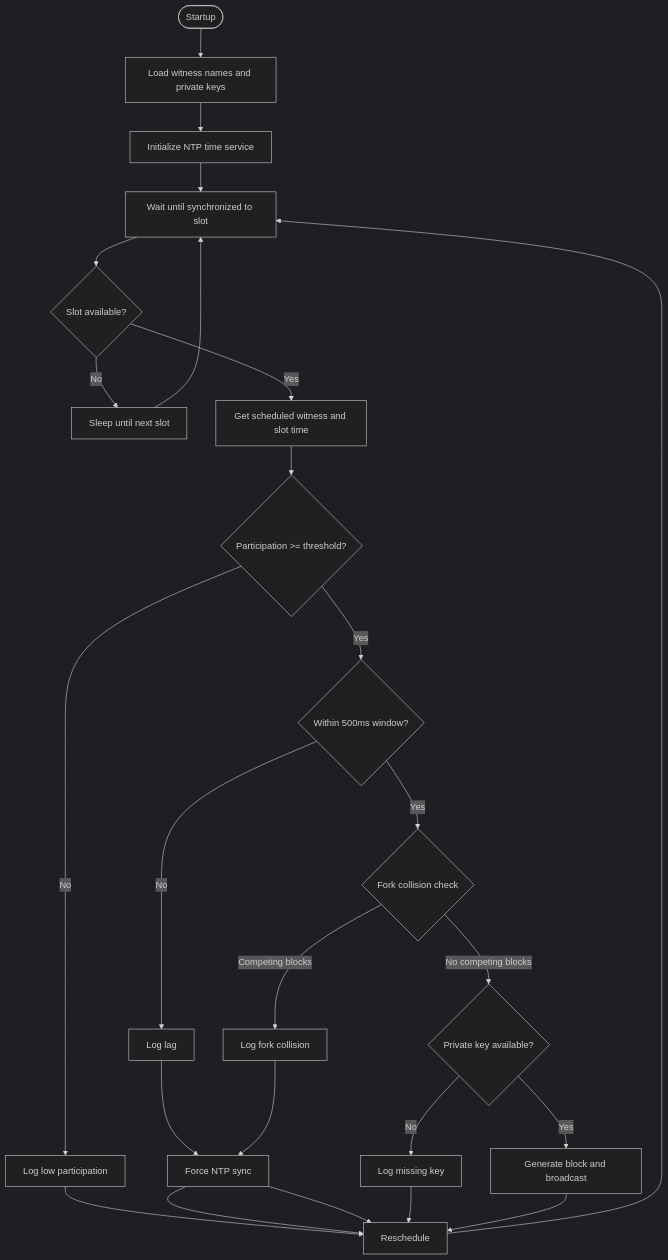
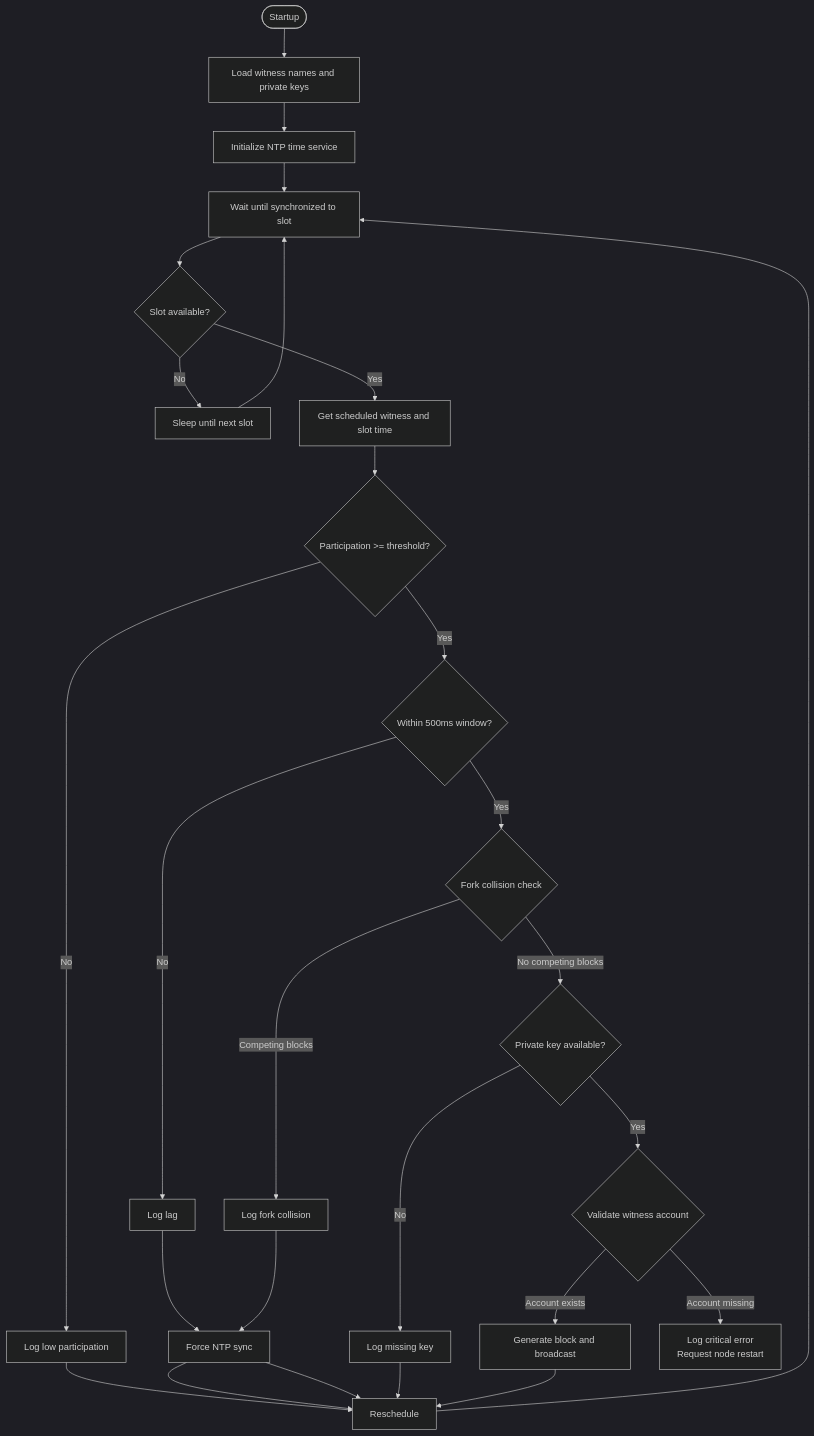
One commit to VIZ-Blockchain/viz-cpp-node changed the fourth of 8 diagrams in .qoder/repowiki/en/content/Witness.md. Above: the diagram before and after it, drawn with Mermaid (dark theme). The commit also changed other lines of this file and 7 other files, not shown here.

````diff
--- a/.qoder/repowiki/en/content/Witness.md
+++ b/.qoder/repowiki/en/content/Witness.md
@@ -277,19 +288,21 @@
 ```mermaid
 flowchart TD
 Start(["Startup"]) --> InitKeys["Load witness names and private keys"]
 InitKeys --> InitNTP["Initialize NTP time service"]
 InitNTP --> SyncCheck["Wait until synchronized to slot"]
 SyncCheck --> SlotCheck{"Slot available?"}
 SlotCheck --> |No| WaitNext["Sleep until next slot"] --> SyncCheck
 SlotCheck --> |Yes| Scheduled["Get scheduled witness and slot time"]
 Scheduled --> Participation{"Participation >= threshold?"}
 Participation --> |No| LogLowParticipation["Log low participation"] --> Resched["Reschedule"] --> SyncCheck
 Participation --> |Yes| TimeCheck{"Within 500ms window?"}
 TimeCheck --> |No| LogLag["Log lag"] --> ForceSync["Force NTP sync"] --> Resched
 TimeCheck --> |Yes| ForkCollision{"Fork collision check"}
 ForkCollision --> |Competing blocks| LogCollision["Log fork collision"] --> ForceSync --> Resched
 ForkCollision --> |No competing blocks| SignCheck{"Private key available?"}
 SignCheck --> |No| LogNoKey["Log missing key"] --> Resched
-SignCheck --> |Yes| Produce["Generate block and broadcast"]
+SignCheck --> |Yes| RewardValidation{"Validate witness account"}
+RewardValidation --> |Account exists| Produce["Generate block and broadcast"]
+RewardValidation --> |Account missing| CriticalError["Log critical error<br/>Request node restart"]
 Produce --> Resched
 ```
````
